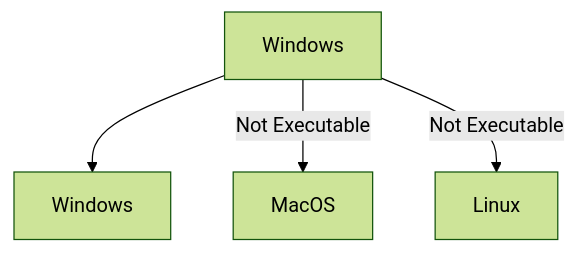
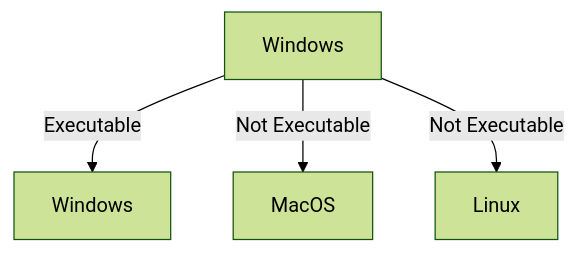
One commit to Kunalshetye321/Complete-Java-Guide changed the second of 3 diagrams in basics/Introduction.md. Above: the diagram before and after it, drawn with Mermaid (forest theme). The commit also changed other lines of this file, not shown here.

````diff
--- a/basics/Introduction.md
+++ b/basics/Introduction.md
@@ -24,6 +24,6 @@
 ```mermaid
 flowchart TD
-    A[Windows] --> B[Windows]
+    A[Windows] --> |Executable|B[Windows]
     A --> |Not Executable|C[MacOS]
     A --> |Not Executable|D[Linux]
 ```
````
